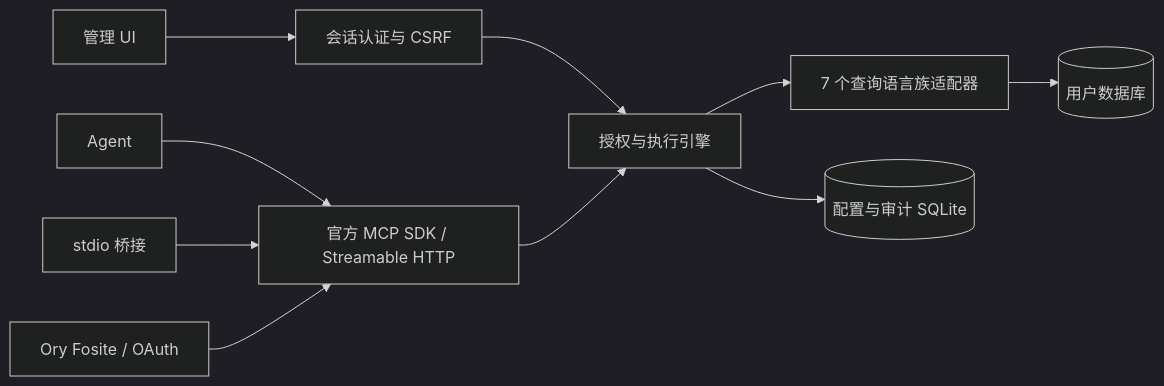
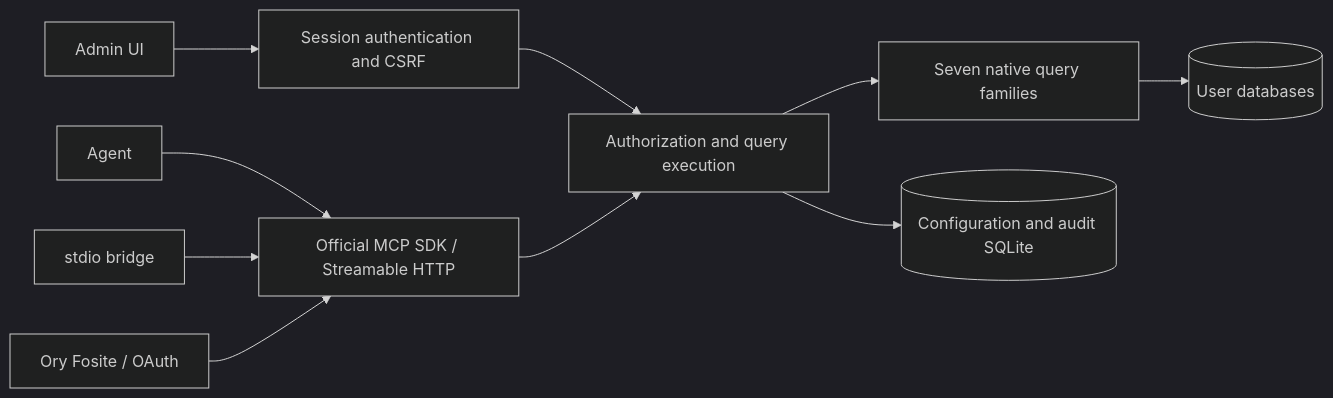
One commit to SamuelSupe/contextGate changed the diagram in docs/architecture.md. Above: the diagram before and after it, drawn with Mermaid (dark theme). The commit also changed other lines of this file and 23 other files, not shown here.

````diff
--- a/docs/architecture.md
+++ b/docs/architecture.md
@@ -5,12 +7,12 @@
 ```mermaid
 flowchart LR
-  UI[管理 UI] --> API[会话认证与 CSRF]
-  Agent[Agent] --> MCP[官方 MCP SDK / Streamable HTTP]
-  CLI[stdio 桥接] --> MCP
+  UI[Admin UI] --> API[Session authentication and CSRF]
+  Agent[Agent] --> MCP[Official MCP SDK / Streamable HTTP]
+  CLI[stdio bridge] --> MCP
   OAuth[Ory Fosite / OAuth] --> MCP
-  API --> Execute[授权与执行引擎]
+  API --> Execute[Authorization and query execution]
   MCP --> Execute
-  Execute --> Adapters[7 个查询语言族适配器]
-  Adapters --> DB[(用户数据库)]
-  Execute --> Store[(配置与审计 SQLite)]
+  Execute --> Adapters[Seven native query families]
+  Adapters --> DB[(User databases)]
+  Execute --> Store[(Configuration and audit SQLite)]
 ```
````
